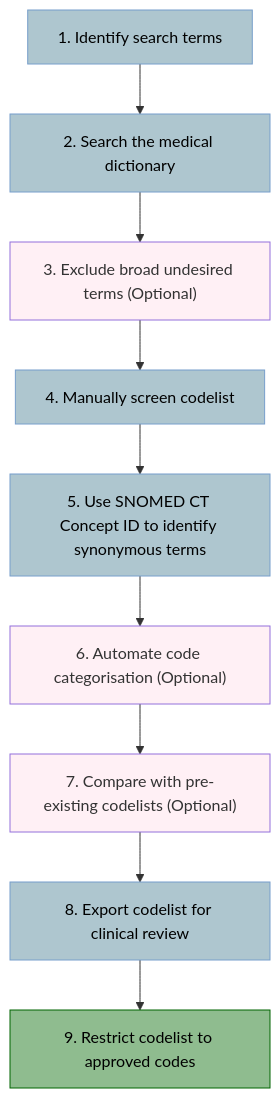
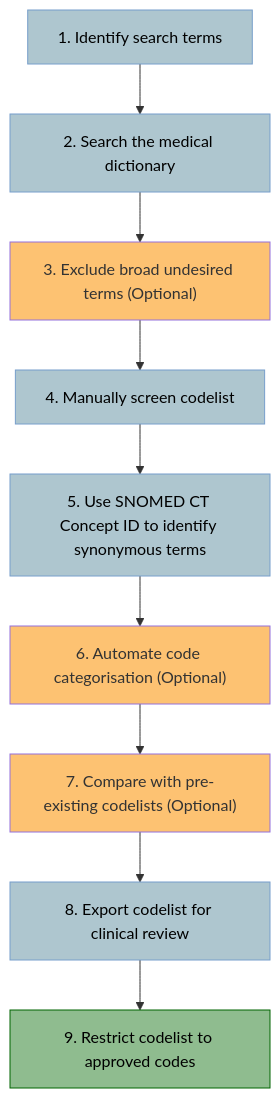
Before and after one commit to NHLI-Respiratory-Epi/SNOMED-CT-codelists: the diagram in README.md, drawn with Mermaid.

````diff
--- a/README.md
+++ b/README.md
@@ -6,23 +6,23 @@
 ```mermaid
 flowchart TD
     A["1. Identify search terms"] --> B["2. Search the medical dictionary"]
     B --> C["3. Exclude broad undesired terms (Optional)"]
     C --> D["4. Manually screen codelist"]
     D --> E["5. Use SNOMED CT Concept ID to identify synonymous terms"]
     E --> F["6. Automate code categorisation (Optional)"]
     F --> G["7. Compare with pre-existing codelists (Optional)"]
     G --> H[8. Export codelist for clinical review]
     H --> I[9. Restrict codelist to approved codes]
     A:::step
     B:::step
     C:::optional
     D:::step
     E:::step
     F:::optional
     G:::optional
     H:::step
     I:::final
     classDef step color:black, fill:#aec6cf, stroke:#779ecb
-    classDef optional fill:#FFF0F5
+    classDef optional fill:#FDC272
     classDef final color:black, fill:#8fbc8f, stroke:#006400
 ```
````
